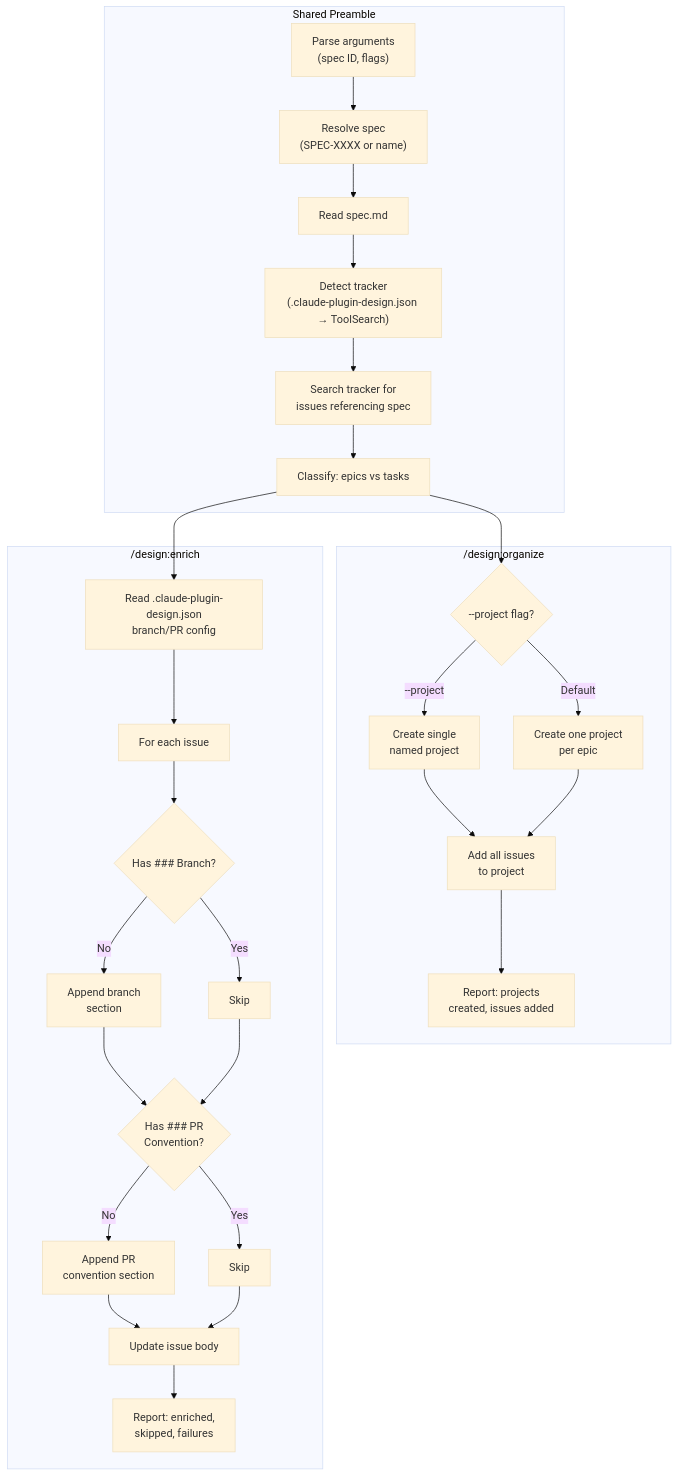
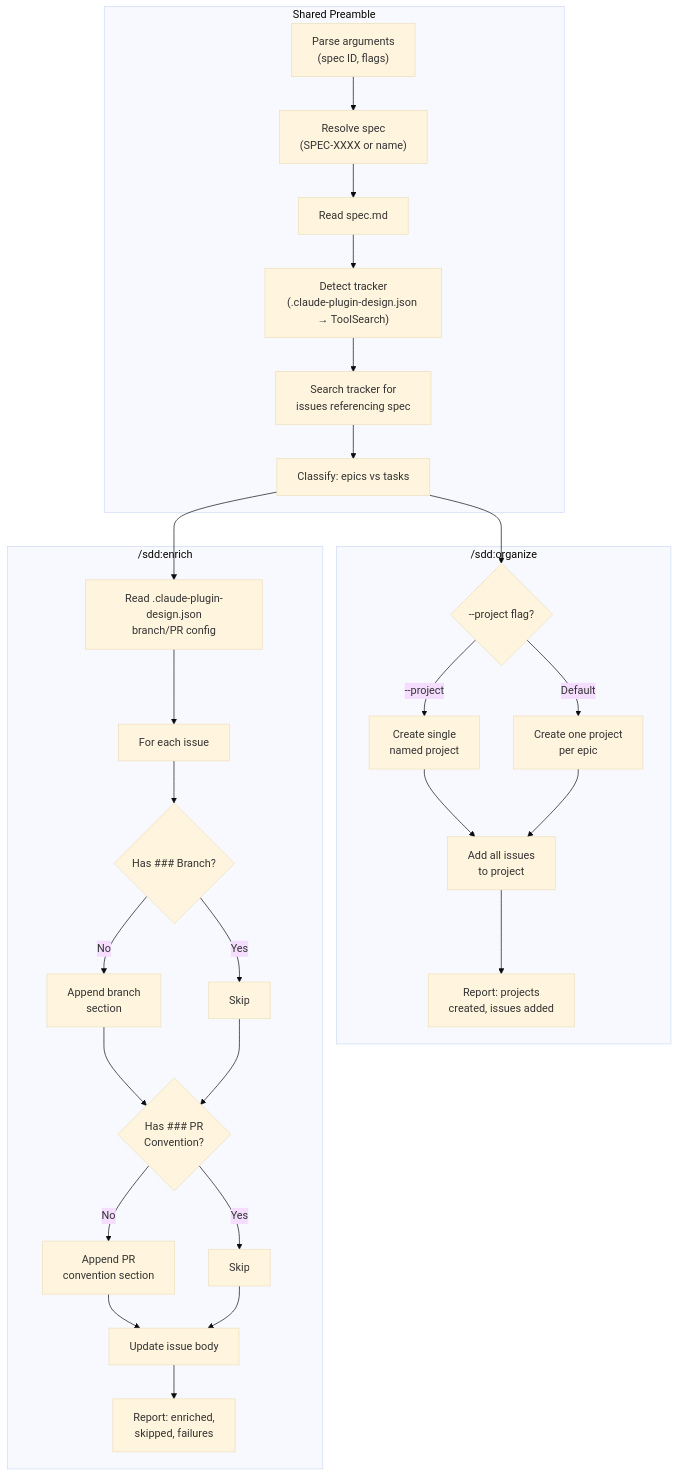
Before and after one commit to joestump/claude-plugin-design: the first of 4 diagrams in docs/openspec/specs/retroactive-issue-management/design.md, drawn with Mermaid (base theme). The commit also changed other lines of this file and 106 other files, not shown here.

First line of the commit message:
Rename plugin: design → sdd (Spec-Driven Development) (#75)

````diff
--- a/docs/openspec/specs/retroactive-issue-management/design.md
+++ b/docs/openspec/specs/retroactive-issue-management/design.md
@@ -69,40 +69,40 @@
 ```mermaid
 flowchart TD
     subgraph "Shared Preamble"
         A["Parse arguments\n(spec ID, flags)"]
         B["Resolve spec\n(SPEC-XXXX or name)"]
         C["Read spec.md"]
         D["Detect tracker\n(.claude-plugin-design.json → ToolSearch)"]
         E["Search tracker for\nissues referencing spec"]
         F["Classify: epics vs tasks"]
     end
 
     A --> B --> C --> D --> E --> F
 
-    subgraph "/design:organize"
+    subgraph "/sdd:organize"
         G{"--project flag?"}
         G -->|"--project <name>"| H["Create single\nnamed project"]
         G -->|"Default"| I["Create one project\nper epic"]
         H --> J["Add all issues\nto project"]
         I --> J
         J --> K["Report: projects\ncreated, issues added"]
     end
 
-    subgraph "/design:enrich"
+    subgraph "/sdd:enrich"
         L["Read .claude-plugin-design.json\nbranch/PR config"]
         L --> M["For each issue"]
         M --> N{"Has ### Branch?"}
         N -->|"No"| O["Append branch\nsection"]
         N -->|"Yes"| P["Skip"]
         O --> Q{"Has ### PR\nConvention?"}
         P --> Q
         Q -->|"No"| R["Append PR\nconvention section"]
         Q -->|"Yes"| S["Skip"]
         R --> T["Update issue body"]
         S --> T
         T --> U["Report: enriched,\nskipped, failures"]
     end
 
     F --> G
     F --> L
 ```
````
